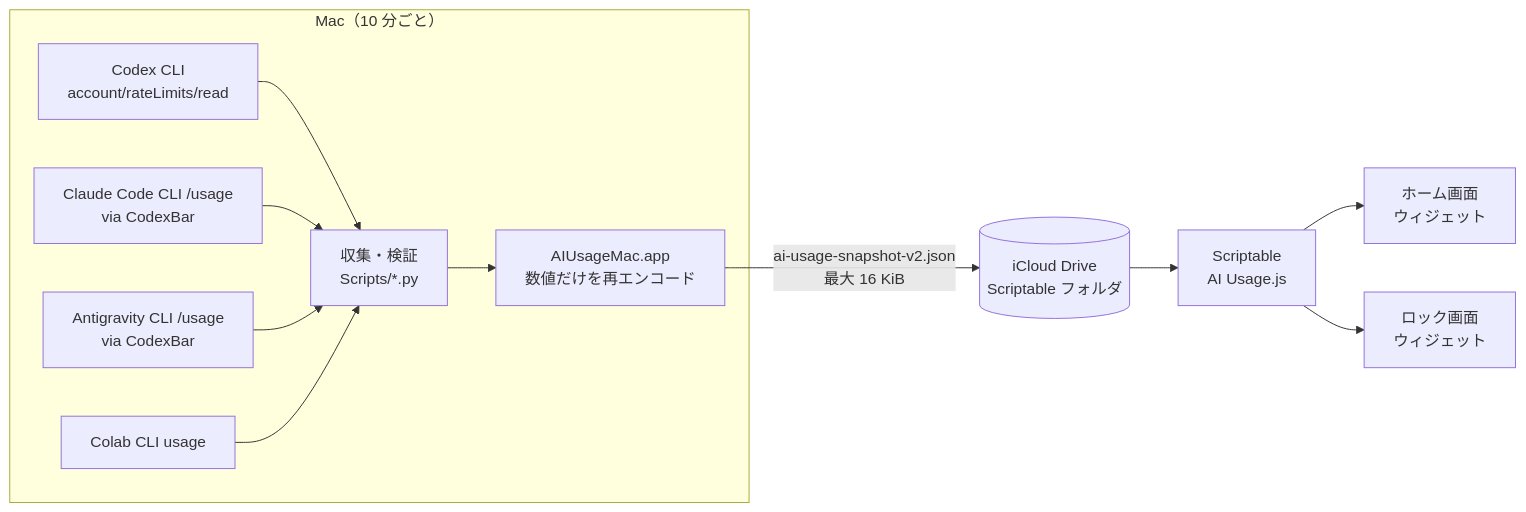
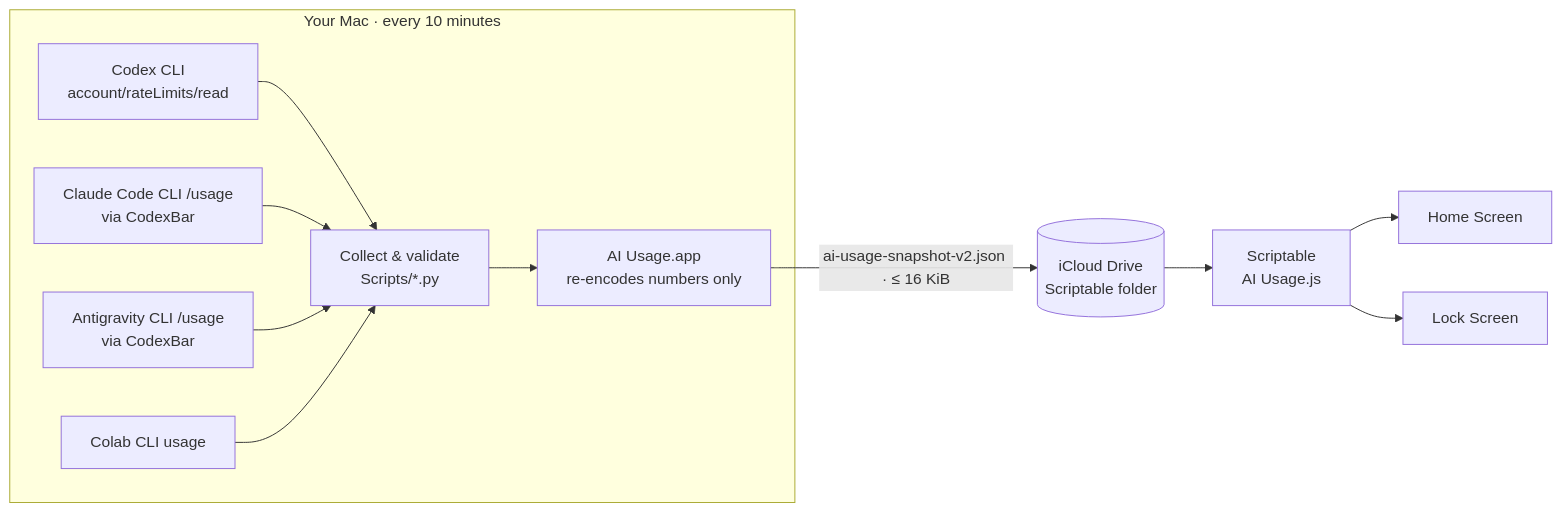
The diagram in README.md (tamutamu0/no-token-left-behind), drawn with Mermaid before and after one commit. The commit also changed other lines of this file and 70 other files, not shown here.

````diff
--- a/README.md
+++ b/README.md
@@ -67,14 +161,14 @@
 ```mermaid
 flowchart LR
-  subgraph Mac["Mac（10 分ごと）"]
-    A[Codex CLI<br/>account/rateLimits/read] --> C
-    B1[Claude Code CLI /usage<br/>via CodexBar] --> C
-    B2[Antigravity CLI /usage<br/>via CodexBar] --> C
-    B3[Colab CLI usage] --> C
-    C[収集・検証<br/>Scripts/*.py] --> D[AIUsageMac.app<br/>数値だけを再エンコード]
+  subgraph Mac["Your Mac · every 10 minutes"]
+    A["Codex CLI<br/>account/rateLimits/read"] --> C
+    B1["Claude Code CLI /usage<br/>via CodexBar"] --> C
+    B2["Antigravity CLI /usage<br/>via CodexBar"] --> C
+    B3["Colab CLI usage"] --> C
+    C["Collect & validate<br/>Scripts/*.py"] --> D["AI Usage.app<br/>re-encodes numbers only"]
   end
-  D -->|ai-usage-snapshot-v2.json<br/>最大 16 KiB| E[(iCloud Drive<br/>Scriptable フォルダ)]
-  E --> F[Scriptable<br/>AI Usage.js]
-  F --> G[ホーム画面<br/>ウィジェット]
-  F --> H[ロック画面<br/>ウィジェット]
+  D -->|"ai-usage-snapshot-v2.json · ≤ 16 KiB"| E[("iCloud Drive<br/>Scriptable folder")]
+  E --> F["Scriptable<br/>AI Usage.js"]
+  F --> G["Home Screen"]
+  F --> H["Lock Screen"]
 ```
````
